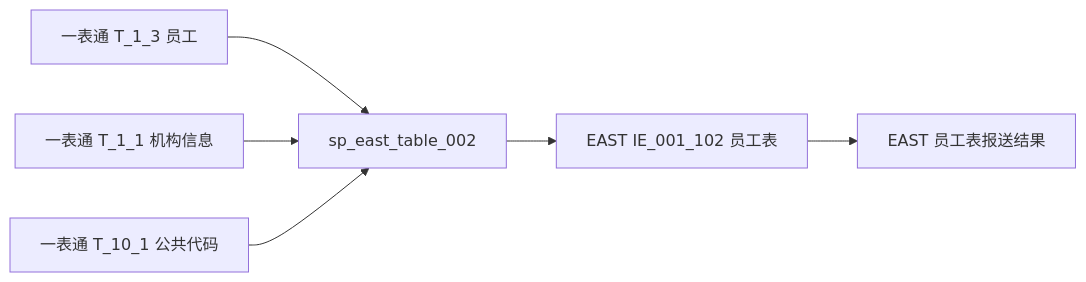
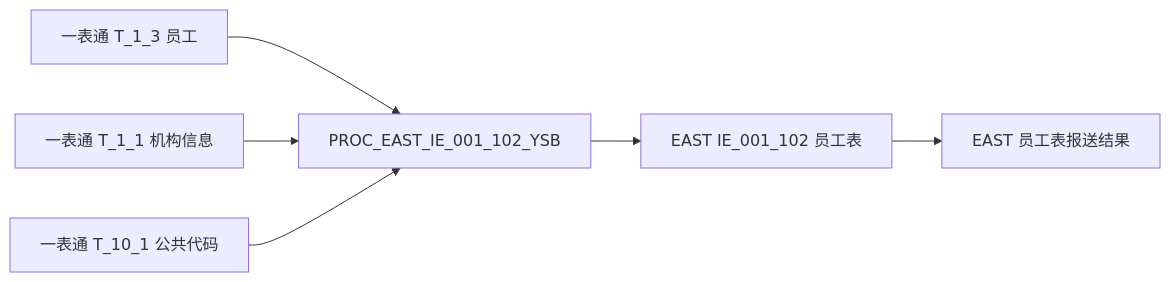
One commit to zhoujk1989-arch/Obsidian changed the first of 2 diagrams in regulatory-data-lab/血缘/EAST5.0系统/血缘-IE_001_102-员工表-EAST5.0系统.md. Above: the diagram before and after it, drawn with Mermaid. The commit also changed other lines of this file and 9 other files, not shown here.

````diff
--- a/regulatory-data-lab/血缘/EAST5.0系统/血缘-IE_001_102-员工表-EAST5.0系统.md
+++ b/regulatory-data-lab/血缘/EAST5.0系统/血缘-IE_001_102-员工表-EAST5.0系统.md
@@ -92,8 +125,8 @@
 ```mermaid
 flowchart LR
-    A["一表通 T_1_3 员工"] --> P["sp_east_table_002"]
+    A["一表通 T_1_3 员工"] --> P["PROC_EAST_IE_001_102_YSB"]
     B["一表通 T_1_1 机构信息"] --> P
     C["一表通 T_10_1 公共代码"] --> P
     P --> D["EAST IE_001_102 员工表"]
     D --> E["EAST 员工表报送结果"]
 ```
````
